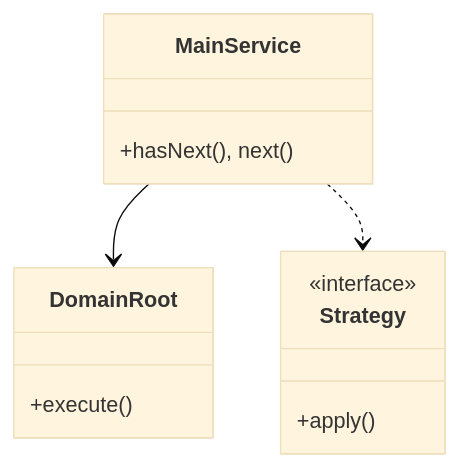
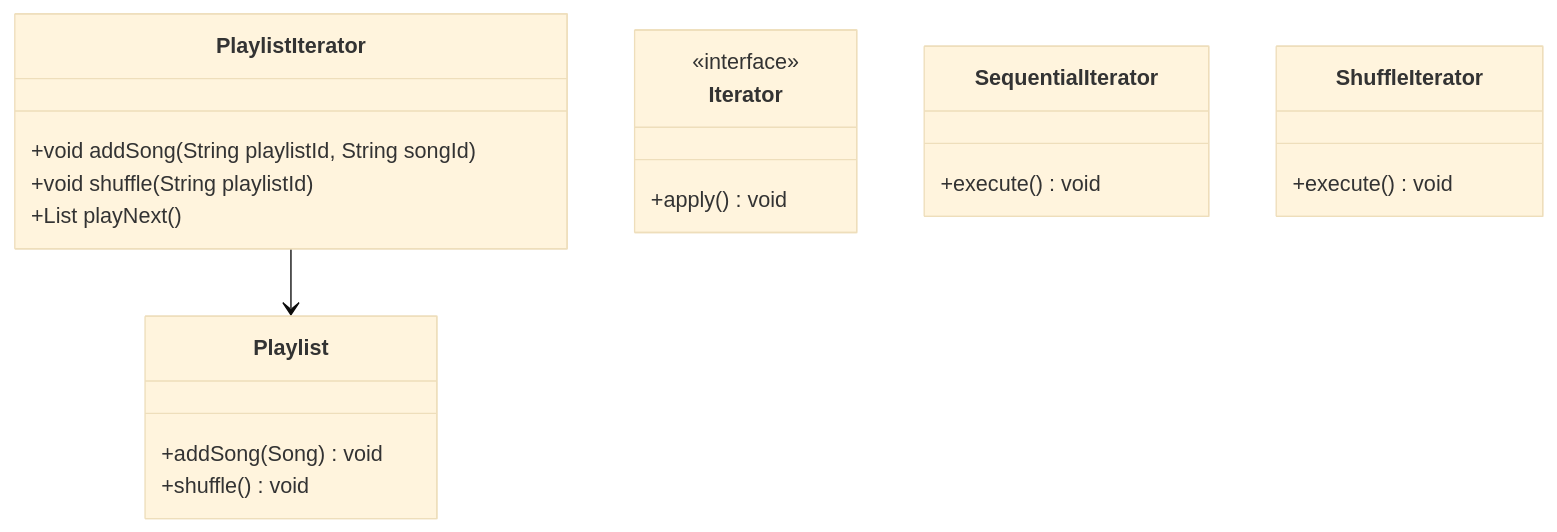
One commit to madhupaila/Interview-Prep-SSE changed the first of 3 diagrams in Learn/System Design - Low Level Design/03-design-patterns/questions/Q17-iterator-playlist.md. Above: the diagram before and after it, drawn with Mermaid (base theme). The commit also changed other lines of this file and 491 other files, not shown here.

````diff
--- a/Learn/System Design - Low Level Design/03-design-patterns/questions/Q17-iterator-playlist.md
+++ b/Learn/System Design - Low Level Design/03-design-patterns/questions/Q17-iterator-playlist.md
@@ -73,15 +88,23 @@
 ```mermaid
 classDiagram
-    class MainService {
-        +hasNext(), next()
+    class PlaylistIterator {
+        +void addSong(String playlistId, String songId)
+        +void shuffle(String playlistId)
+        +List<Song> playNext()
     }
-    class DomainRoot {
-        +execute()
+    class Playlist {
+        +addSong(Song) void
+        +shuffle() void
     }
-    class Strategy {
+    class Iterator {
         <<interface>>
-        +apply()
+        +apply() void
     }
-    MainService --> DomainRoot
-    MainService ..> Strategy
+    class SequentialIterator {
+        +execute() void
+    }
+    class ShuffleIterator {
+        +execute() void
+    }
+    PlaylistIterator --> Playlist
 ```
````
